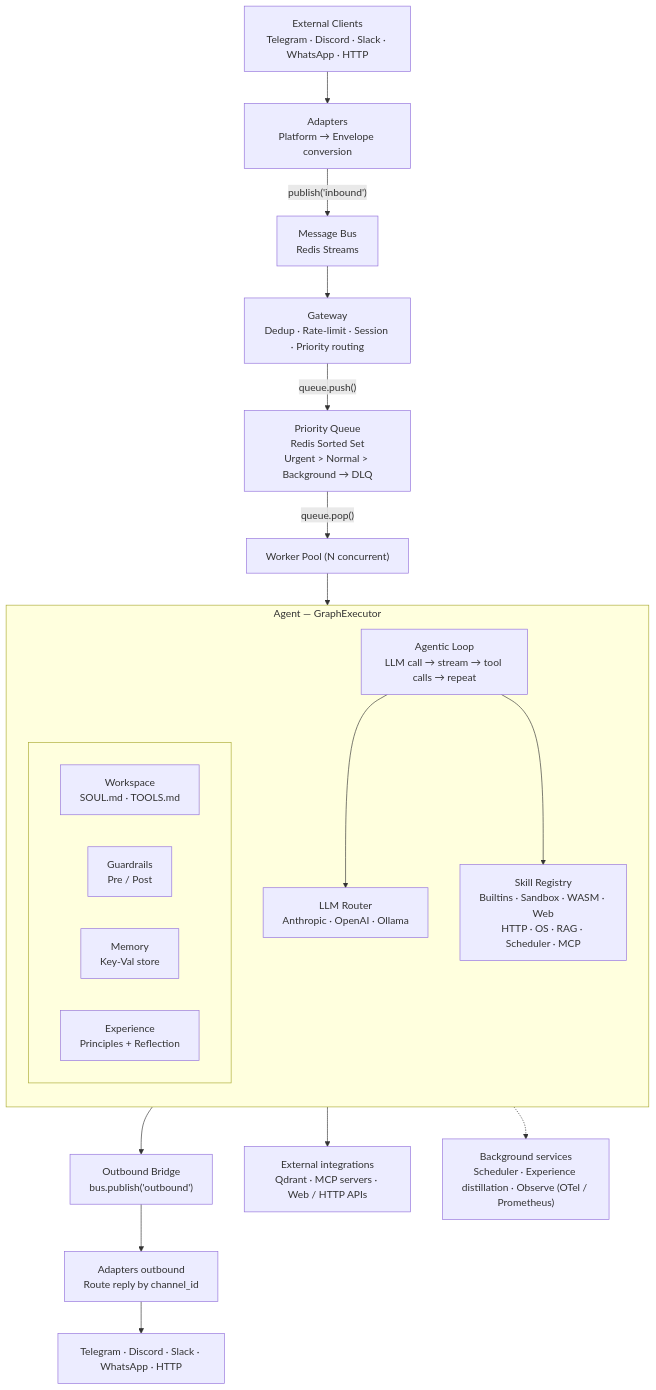
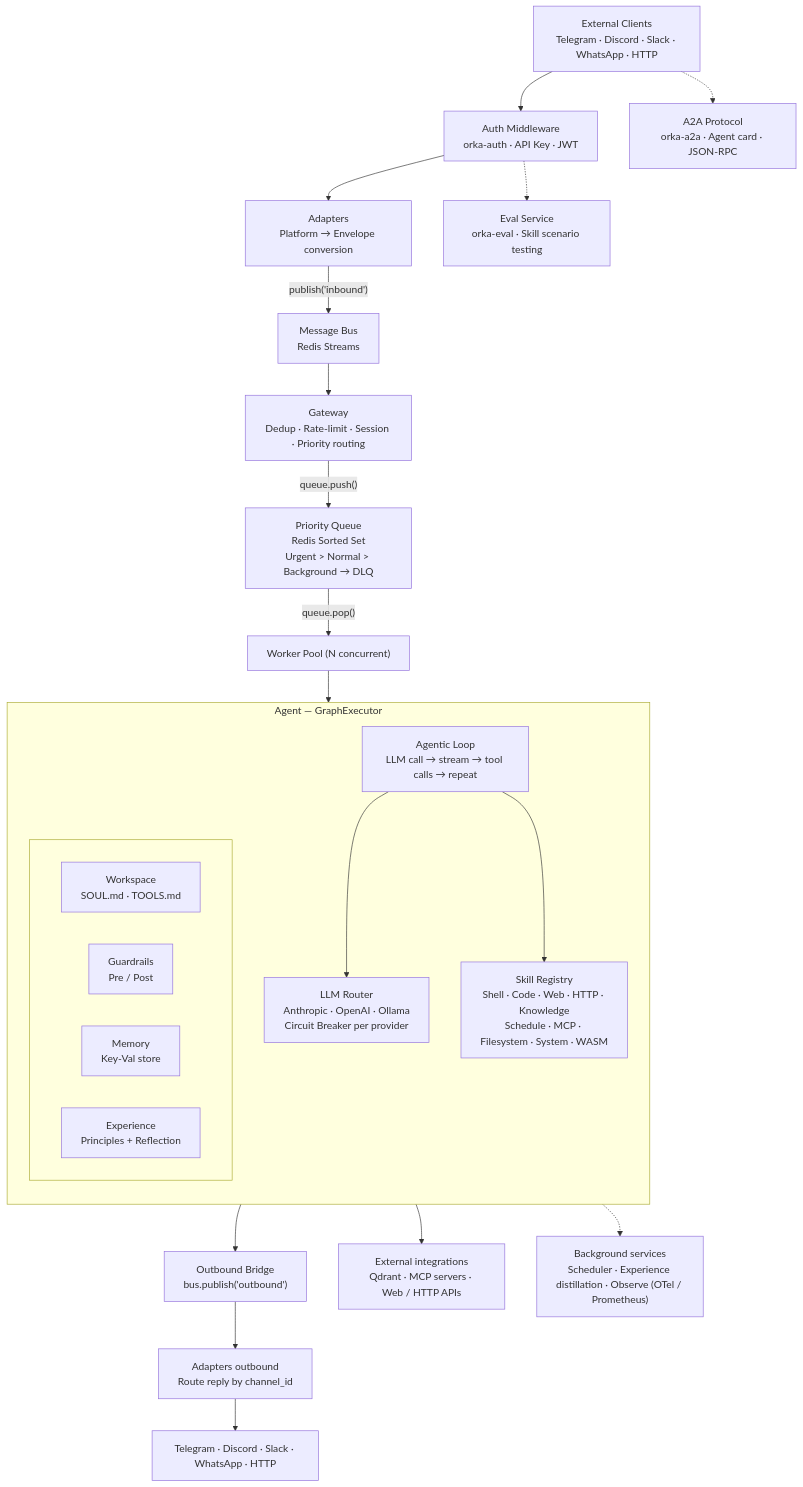
Before and after one commit to gianlucamazza/orka: the diagram in README.md, drawn with Mermaid. The commit also changed 1 other file, not shown here.

Commit message:
docs: validate and fix architecture diagrams
- Fix skill registry categories to match actual code (shell, code, web,
  http, knowledge, schedule, mcp, filesystem, system, wasm)
- Fix priority queue score formula: bucket × 10¹⁵ + timestamp_µs
  (was priority × 10¹² − timestamp)
- Add orka-auth middleware node to ingress path in both diagrams
- Add orka-a2a public endpoint as parallel path (agent discovery)
- Add orka-eval service node (skill scenario testing via API)
- Add circuit breaker note to LLM Router node
- Add WASM plugin support to Skill Registry node

````diff
--- a/README.md
+++ b/README.md
@@ -41,43 +41,49 @@
 ```mermaid
 flowchart TD
     Clients["External Clients\nTelegram · Discord · Slack · WhatsApp · HTTP"]
+    Auth["Auth Middleware\norka-auth · API Key · JWT"]
     Adapters["Adapters\nPlatform → Envelope conversion"]
     Bus["Message Bus\nRedis Streams"]
     GW["Gateway\nDedup · Rate-limit · Session · Priority routing"]
     PQ["Priority Queue\nRedis Sorted Set\nUrgent > Normal > Background → DLQ"]
     Workers["Worker Pool (N concurrent)"]
+    A2A["A2A Protocol\norka-a2a · Agent card · JSON-RPC"]
+    Eval["Eval Service\norka-eval · Skill scenario testing"]
 
     subgraph Agent["Agent — GraphExecutor"]
         direction TB
         subgraph Context["  "]
             direction LR
             WS["Workspace\nSOUL.md · TOOLS.md"]
             GR["Guardrails\nPre / Post"]
             Mem["Memory\nKey-Val store"]
             Exp["Experience\nPrinciples + Reflection"]
         end
         Loop["Agentic Loop\nLLM call → stream → tool calls → repeat"]
-        LLM["LLM Router\nAnthropic · OpenAI · Ollama"]
-        Skills["Skill Registry\nBuiltins · Sandbox · WASM · Web\nHTTP · OS · RAG · Scheduler · MCP"]
+        LLM["LLM Router\nAnthropic · OpenAI · Ollama\nCircuit Breaker per provider"]
+        Skills["Skill Registry\nShell · Code · Web · HTTP · Knowledge\nSchedule · MCP · Filesystem · System · WASM"]
         Loop --> LLM
         Loop --> Skills
     end
 
     Outbound["Outbound Bridge\nbus.publish('outbound')"]
     AdaptersOut["Adapters outbound\nRoute reply by channel_id"]
     Platforms["Telegram · Discord · Slack · WhatsApp · HTTP"]
     Ext["External integrations\nQdrant · MCP servers · Web / HTTP APIs"]
     BG["Background services\nScheduler · Experience distillation · Observe (OTel / Prometheus)"]
 
-    Clients --> Adapters
+    Clients --> Auth
+    Auth --> Adapters
+    Clients -.-> A2A
+    Auth -.-> Eval
     Adapters -->|"publish('inbound')"| Bus
     Bus --> GW
     GW -->|"queue.push()"| PQ
     PQ -->|"queue.pop()"| Workers
     Workers --> Agent
     Skills --> Ext
     Agent --> Outbound
     Outbound --> AdaptersOut
     AdaptersOut --> Platforms
     Agent -.-> BG
 ```
````
